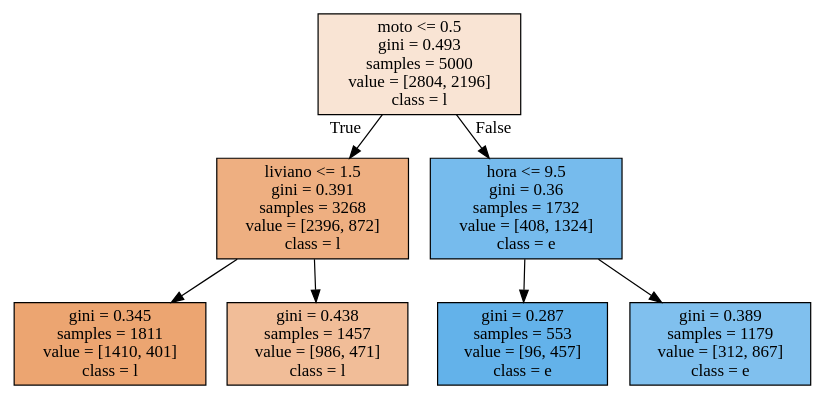
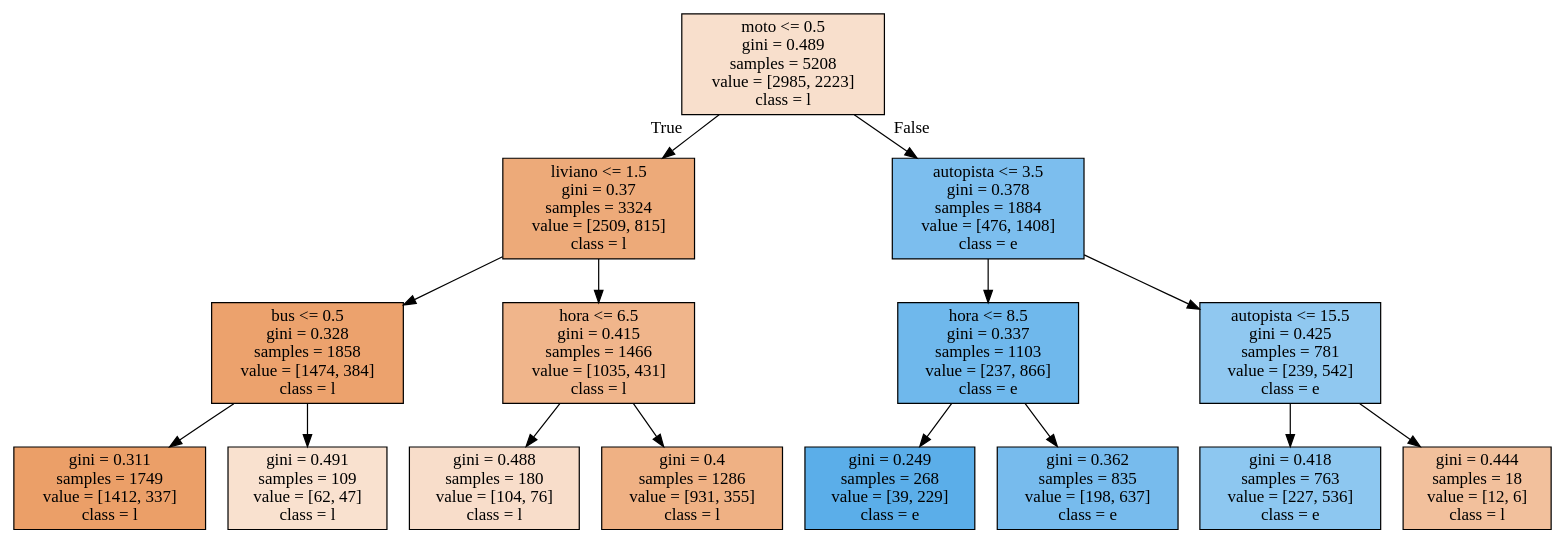
One commit to alexsem/Control-De-Transito changed the diagram in lesionados.dot. Above: the diagram before and after it, drawn with Graphviz. The commit also changed 3 other files, not shown here.

```diff
--- a/lesionados.dot
+++ b/lesionados.dot
@@ -1,16 +1,32 @@
 digraph Tree {
 node [shape=box, style="filled", color="black"] ;
-0 [label="moto <= 0.5\ngini = 0.493\nsamples = 5000\nvalue = [2804, 2196]\nclass = l", fillcolor="#f9e4d4"] ;
-1 [label="liviano <= 1.5\ngini = 0.391\nsamples = 3268\nvalue = [2396, 872]\nclass = l", fillcolor="#eeaf81"] ;
+0 [label="moto <= 0.5\ngini = 0.489\nsamples = 5208\nvalue = [2985, 2223]\nclass = l", fillcolor="#f8dfcc"] ;
+1 [label="liviano <= 1.5\ngini = 0.37\nsamples = 3324\nvalue = [2509, 815]\nclass = l", fillcolor="#edaa79"] ;
 0 -> 1 [labeldistance=2.5, labelangle=45, headlabel="True"] ;
-2 [label="gini = 0.345\nsamples = 1811\nvalue = [1410, 401]\nclass = l", fillcolor="#eca571"] ;
+2 [label="bus <= 0.5\ngini = 0.328\nsamples = 1858\nvalue = [1474, 384]\nclass = l", fillcolor="#eca26d"] ;
 1 -> 2 ;
-3 [label="gini = 0.438\nsamples = 1457\nvalue = [986, 471]\nclass = l", fillcolor="#f1bd98"] ;
-1 -> 3 ;
-4 [label="hora <= 9.5\ngini = 0.36\nsamples = 1732\nvalue = [408, 1324]\nclass = e", fillcolor="#76bbed"] ;
-0 -> 4 [labeldistance=2.5, labelangle=-45, headlabel="False"] ;
-5 [label="gini = 0.287\nsamples = 553\nvalue = [96, 457]\nclass = e", fillcolor="#63b2ea"] ;
-4 -> 5 ;
-6 [label="gini = 0.389\nsamples = 1179\nvalue = [312, 867]\nclass = e", fillcolor="#80c0ee"] ;
-4 -> 6 ;
+3 [label="gini = 0.311\nsamples = 1749\nvalue = [1412, 337]\nclass = l", fillcolor="#eb9f68"] ;
+2 -> 3 ;
+4 [label="gini = 0.491\nsamples = 109\nvalue = [62, 47]\nclass = l", fillcolor="#f9e1cf"] ;
+2 -> 4 ;
+5 [label="hora <= 6.5\ngini = 0.415\nsamples = 1466\nvalue = [1035, 431]\nclass = l", fillcolor="#f0b58b"] ;
+1 -> 5 ;
+6 [label="gini = 0.488\nsamples = 180\nvalue = [104, 76]\nclass = l", fillcolor="#f8ddca"] ;
+5 -> 6 ;
+7 [label="gini = 0.4\nsamples = 1286\nvalue = [931, 355]\nclass = l", fillcolor="#efb184"] ;
+5 -> 7 ;
+8 [label="autopista <= 3.5\ngini = 0.378\nsamples = 1884\nvalue = [476, 1408]\nclass = e", fillcolor="#7cbeee"] ;
+0 -> 8 [labeldistance=2.5, labelangle=-45, headlabel="False"] ;
+9 [label="hora <= 8.5\ngini = 0.337\nsamples = 1103\nvalue = [237, 866]\nclass = e", fillcolor="#6fb8ec"] ;
+8 -> 9 ;
+10 [label="gini = 0.249\nsamples = 268\nvalue = [39, 229]\nclass = e", fillcolor="#5baee9"] ;
+9 -> 10 ;
+11 [label="gini = 0.362\nsamples = 835\nvalue = [198, 637]\nclass = e", fillcolor="#77bbed"] ;
+9 -> 11 ;
+12 [label="autopista <= 15.5\ngini = 0.425\nsamples = 781\nvalue = [239, 542]\nclass = e", fillcolor="#90c8f0"] ;
+8 -> 12 ;
+13 [label="gini = 0.418\nsamples = 763\nvalue = [227, 536]\nclass = e", fillcolor="#8dc7f0"] ;
+12 -> 13 ;
+14 [label="gini = 0.444\nsamples = 18\nvalue = [12, 6]\nclass = l", fillcolor="#f2c09c"] ;
+12 -> 14 ;
 }
```
